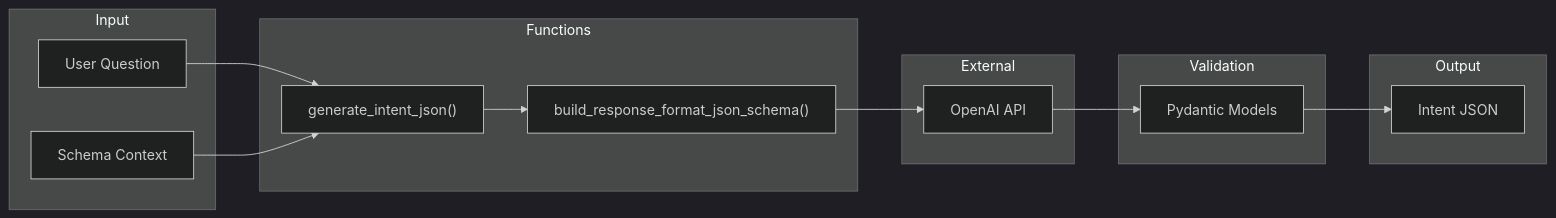
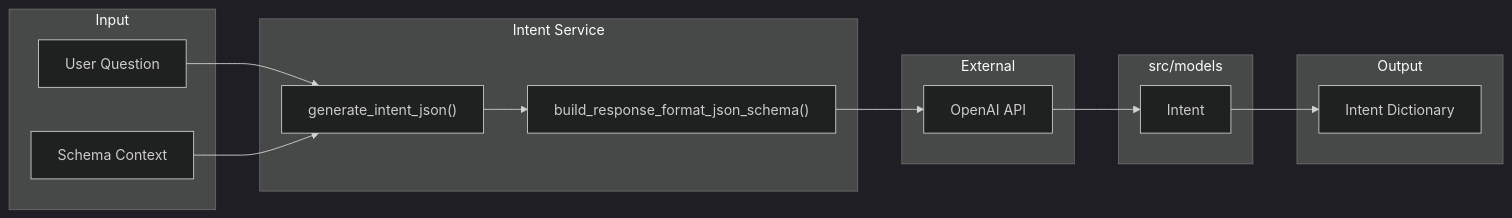
Before and after one commit to Danilka-Akarawita/naturallanguage_to_mongoDB_query: the second of 7 diagrams in docs/architecture_diagrams.md, drawn with Mermaid (dark theme). The commit also changed other lines of this file, not shown here.

Commit message:
modified the archtecture diagram

````diff
--- a/docs/architecture_diagrams.md
+++ b/docs/architecture_diagrams.md
@@ -52,31 +56,31 @@
 ```mermaid
 flowchart LR
     subgraph Input
         Q["User Question"]
         S["Schema Context"]
     end
     
-    subgraph Functions
+    subgraph Service["Intent Service"]
         GI["generate_intent_json()"]
         BRF["build_response_format_json_schema()"]
     end
     
     subgraph External
         OpenAI["OpenAI API"]
     end
     
-    subgraph Validation
-        PM["Pydantic Models"]
+    subgraph DomainModels["src/models"]
+        IntentModel["Intent"]
     end
     
     subgraph Output
-        JSON["Intent JSON"]
+        Dict["Intent Dictionary"]
     end
     
     Q --> GI
     S --> GI
     GI --> BRF
     BRF --> OpenAI
-    OpenAI --> PM
-    PM --> JSON
+    OpenAI --> IntentModel
+    IntentModel --> Dict
 ```
````
